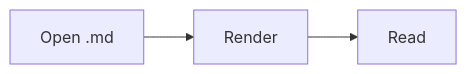
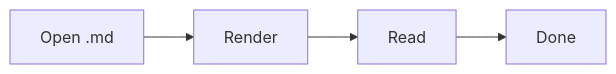
One commit to ijaa/mdeasy changed the first of 2 diagrams in fixtures/sample.md. Above: the diagram before and after it, drawn with Mermaid. The commit also changed other lines of this file and 86 other files, not shown here.

First line of the commit message:
v0.2 full pack: Mermaid offline + default Markdown handler

````diff
--- a/fixtures/sample.md
+++ b/fixtures/sample.md
@@ -32,5 +33,6 @@
 ```mermaid
 graph LR
   A[Open .md] --> B[Render]
   B --> C[Read]
+  C --> D[Done]
 ```
````
